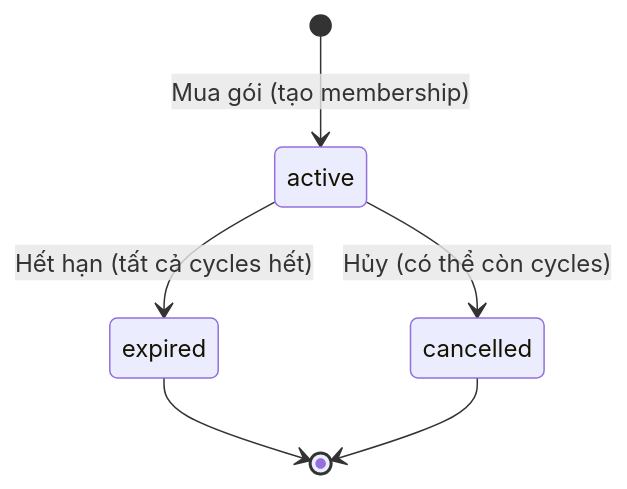
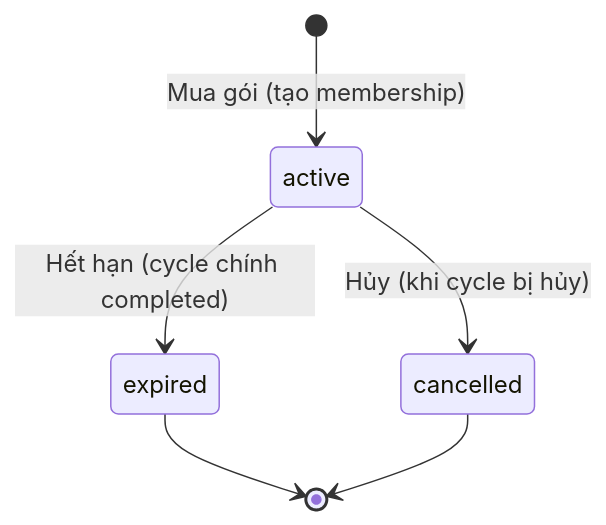
The second of 9 diagrams in docs/MEMBERSHIP_SYSTEM_ARCHITECTURE.md (quyen-dx/gymsystem), drawn with Mermaid before and after one commit. The commit also changed other lines of this file and 148 other files, not shown here.

````diff
--- a/docs/MEMBERSHIP_SYSTEM_ARCHITECTURE.md
+++ b/docs/MEMBERSHIP_SYSTEM_ARCHITECTURE.md
@@ -127,8 +149,8 @@
 ```mermaid
 stateDiagram-v2
     [*] --> active : Mua gói (tạo membership)
-    active --> expired : Hết hạn (tất cả cycles hết)
-    active --> cancelled : Hủy (có thể còn cycles)
+    active --> expired : Hết hạn (cycle chính completed)
+    active --> cancelled : Hủy (khi cycle bị hủy)
     expired --> [*]
     cancelled --> [*]
 ```
````
